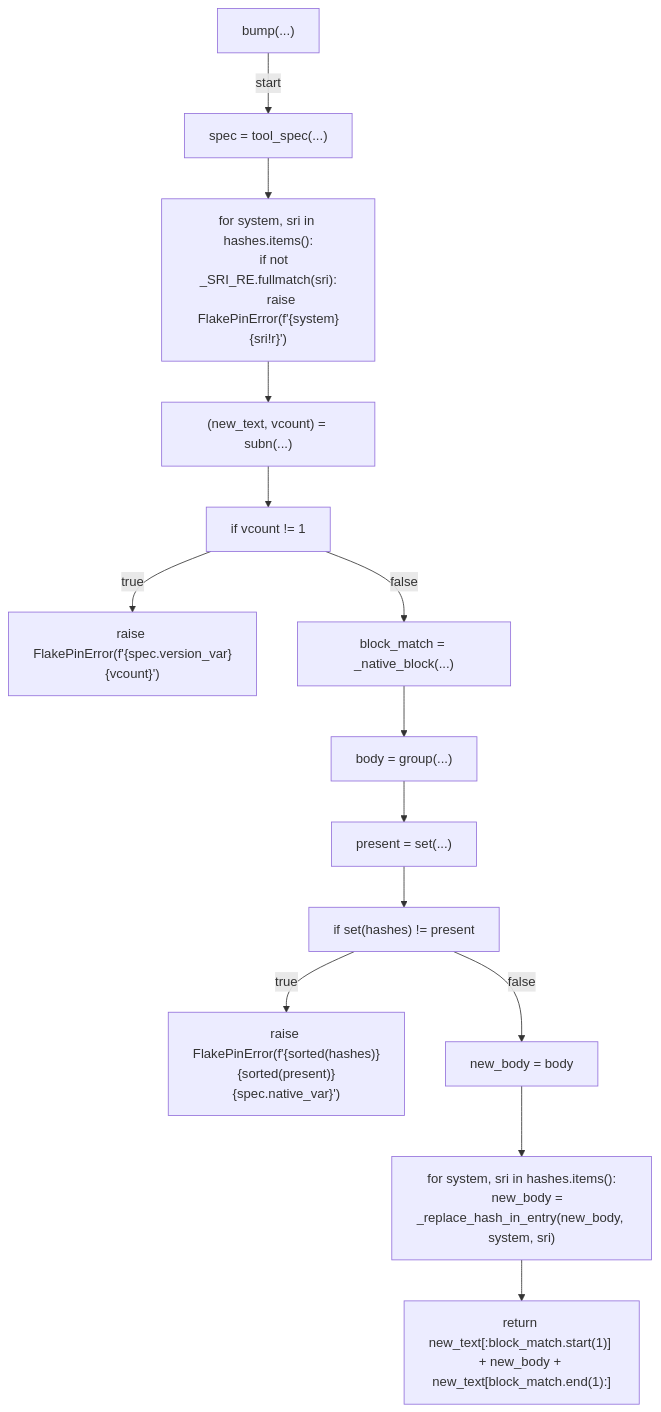
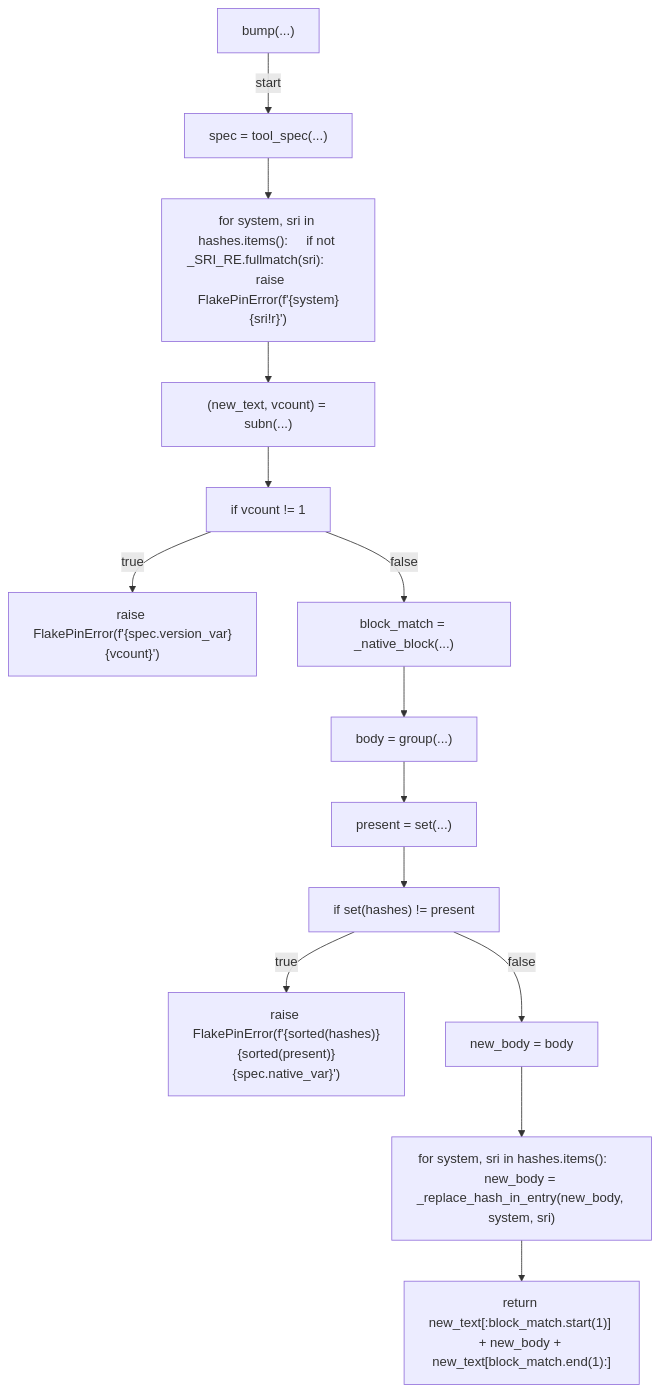
Before and after one commit to tvna/claude-md: diagram 13 of 20 in docs/generated/scripts/ast/flake_pin.md, drawn with Mermaid. The commit also changed other lines of this file and 30 other files, not shown here.

First line of the commit message:
docs(generated): regenerate decision tree and workflow diagrams (batch 2/5)

````diff
--- a/docs/generated/scripts/ast/flake_pin.md
+++ b/docs/generated/scripts/ast/flake_pin.md
@@ -217,33 +211,30 @@
 ```mermaid
 flowchart TD
     N001["bump(...)"]
     N002["spec = tool_spec(...)"]
-    N003["for system, sri in hashes.items():
-    if not _SRI_RE.fullmatch(sri):
-        raise FlakePinError(f'<str>{system}<str>{sri!r}')"]
+    N003["for system, sri in hashes.items():     if not _SRI_RE.fullmatch(sri):         raise FlakePinError(f'<str>{system}<str>{sri!r}')"]
     N004["(new_text, vcount) = subn(...)"]
     N005["if vcount != 1"]
     N006["raise FlakePinError(f'<str>{spec.version_var}<str>{vcount}')"]
     N007["block_match = _native_block(...)"]
     N008["body = group(...)"]
     N009["present = set(...)"]
     N010["if set(hashes) != present"]
     N011["raise FlakePinError(f'<str>{sorted(hashes)}<str>{sorted(present)}<str>{spec.native_var}')"]
     N012["new_body = body"]
-    N013["for system, sri in hashes.items():
-    new_body = _replace_hash_in_entry(new_body, system, sri)"]
+    N013["for system, sri in hashes.items():     new_body = _replace_hash_in_entry(new_body, system, sri)"]
     N014["return new_text[:block_match.start(1)] + new_body + new_text[block_match.end(1):]"]
     N001 -->|"start"| N002
     N002 --> N003
     N003 --> N004
     N004 --> N005
     N005 -->|"true"| N006
     N005 -->|"false"| N007
     N007 --> N008
     N008 --> N009
     N009 --> N010
     N010 -->|"true"| N011
     N010 -->|"false"| N012
     N012 --> N013
     N013 --> N014
 ```
````
